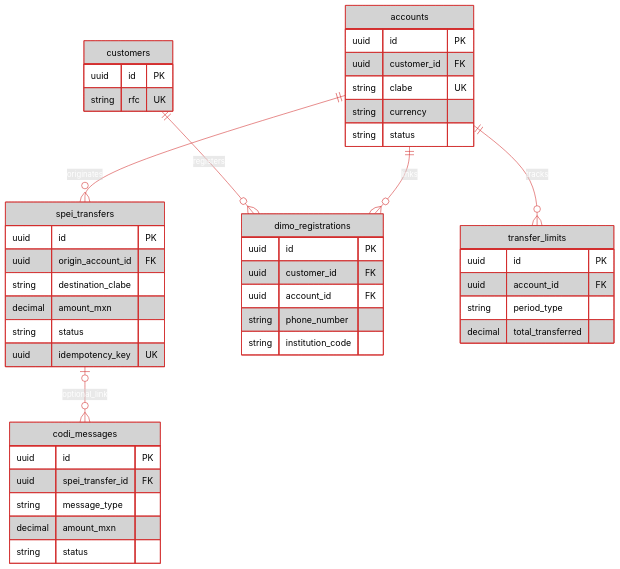
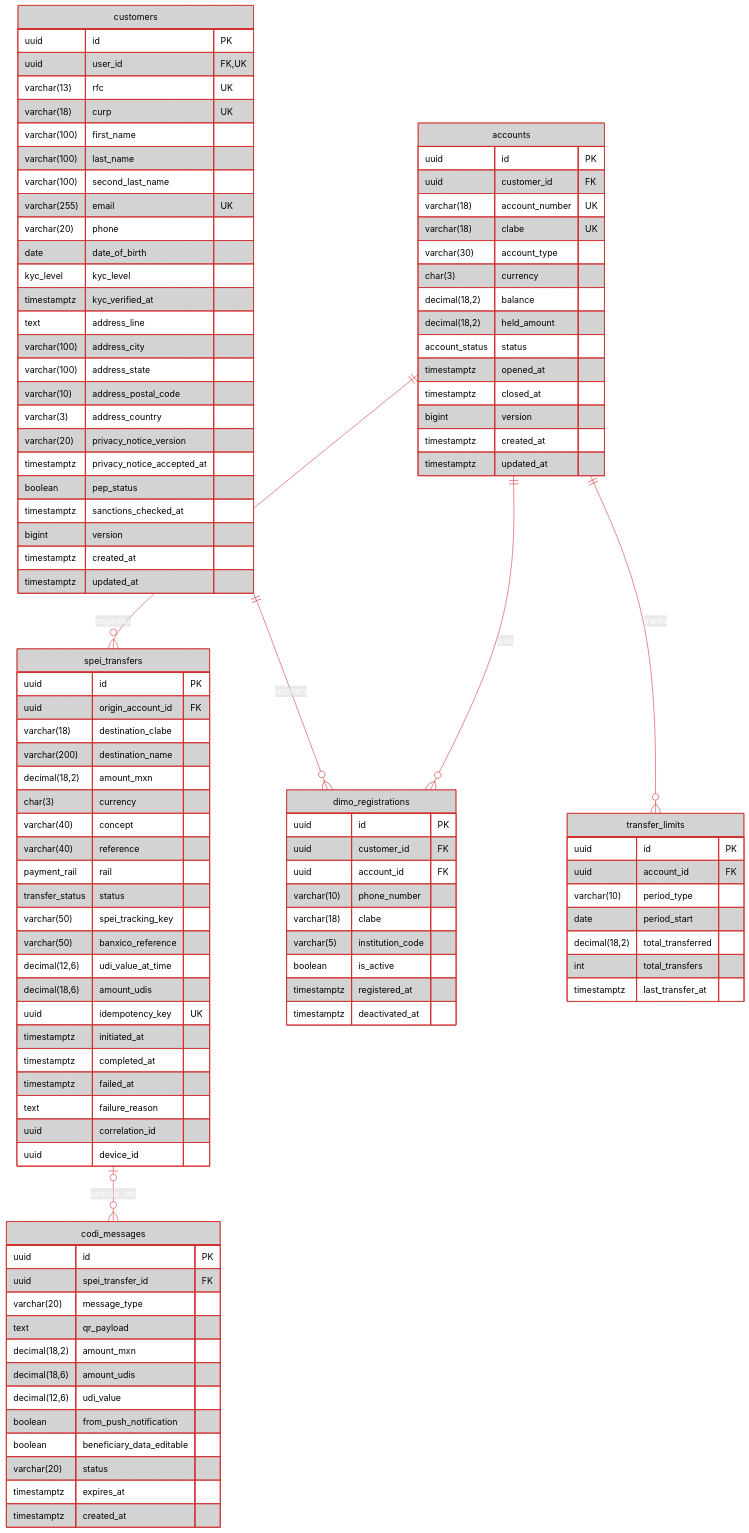
One commit to Rho-Studio/rho-studio-back-end changed the fourth of 4 diagrams in DataModel.md. Above: the diagram before and after it, drawn with Mermaid. The commit also changed other lines of this file and 3 other files, not shown here.

```diff
--- a/DataModel.md
+++ b/DataModel.md
@@ -500,41 +787,101 @@
   accounts {
     uuid id PK
     uuid customer_id FK
-    string clabe UK
-    string currency
-    string status
+    varchar(18) account_number UK
+    varchar(18) clabe UK
+    varchar(30) account_type
+    char(3) currency
+    decimal(18,2) balance
+    decimal(18,2) held_amount
+    account_status status
+    timestamptz opened_at
+    timestamptz closed_at
+    bigint version
+    timestamptz created_at
+    timestamptz updated_at
   }
   spei_transfers {
     uuid id PK
     uuid origin_account_id FK
-    string destination_clabe
-    decimal amount_mxn
-    string status
+    varchar(18) destination_clabe
+    varchar(200) destination_name
+    decimal(18,2) amount_mxn
+    char(3) currency
+    varchar(40) concept
+    varchar(40) reference
+    payment_rail rail
+    transfer_status status
+    varchar(50) spei_tracking_key
+    varchar(50) banxico_reference
+    decimal(12,6) udi_value_at_time
+    decimal(18,6) amount_udis
     uuid idempotency_key UK
+    timestamptz initiated_at
+    timestamptz completed_at
+    timestamptz failed_at
+    text failure_reason
+    uuid correlation_id
+    uuid device_id
   }
   codi_messages {
     uuid id PK
     uuid spei_transfer_id FK
-    string message_type
-    decimal amount_mxn
-    string status
+    varchar(20) message_type
+    text qr_payload
+    decimal(18,2) amount_mxn
+    decimal(18,6) amount_udis
+    decimal(12,6) udi_value
+    boolean from_push_notification
+    boolean beneficiary_data_editable
+    varchar(20) status
+    timestamptz expires_at
+    timestamptz created_at
   }
   customers {
     uuid id PK
-    string rfc UK
+    uuid user_id FK, UK
+    varchar(13) rfc UK
+    varchar(18) curp UK
+    varchar(100) first_name
+    varchar(100) last_name
+    varchar(100) second_last_name
+    varchar(255) email UK
+    varchar(20) phone
+    date date_of_birth
+    kyc_level kyc_level
+    timestamptz kyc_verified_at
+    text address_line
+    varchar(100) address_city
+    varchar(100) address_state
+    varchar(10) address_postal_code
+    varchar(3) address_country
+    varchar(20) privacy_notice_version
+    timestamptz privacy_notice_accepted_at
+    boolean pep_status
+    timestamptz sanctions_checked_at
+    bigint version
+    timestamptz created_at
+    timestamptz updated_at
   }
   dimo_registrations {
     uuid id PK
     uuid customer_id FK
     uuid account_id FK
-    string phone_number
-    string institution_code
+    varchar(10) phone_number
+    varchar(18) clabe
+    varchar(5) institution_code
+    boolean is_active
+    timestamptz registered_at
+    timestamptz deactivated_at
   }
   transfer_limits {
     uuid id PK
     uuid account_id FK
-    string period_type
-    decimal total_transferred
+    varchar(10) period_type
+    date period_start
+    decimal(18,2) total_transferred
+    int total_transfers
+    timestamptz last_transfer_at
   }
 
   classDef appNode fill:#D32F2F,stroke:#FFFFFF,color:#FFFFFF
```
